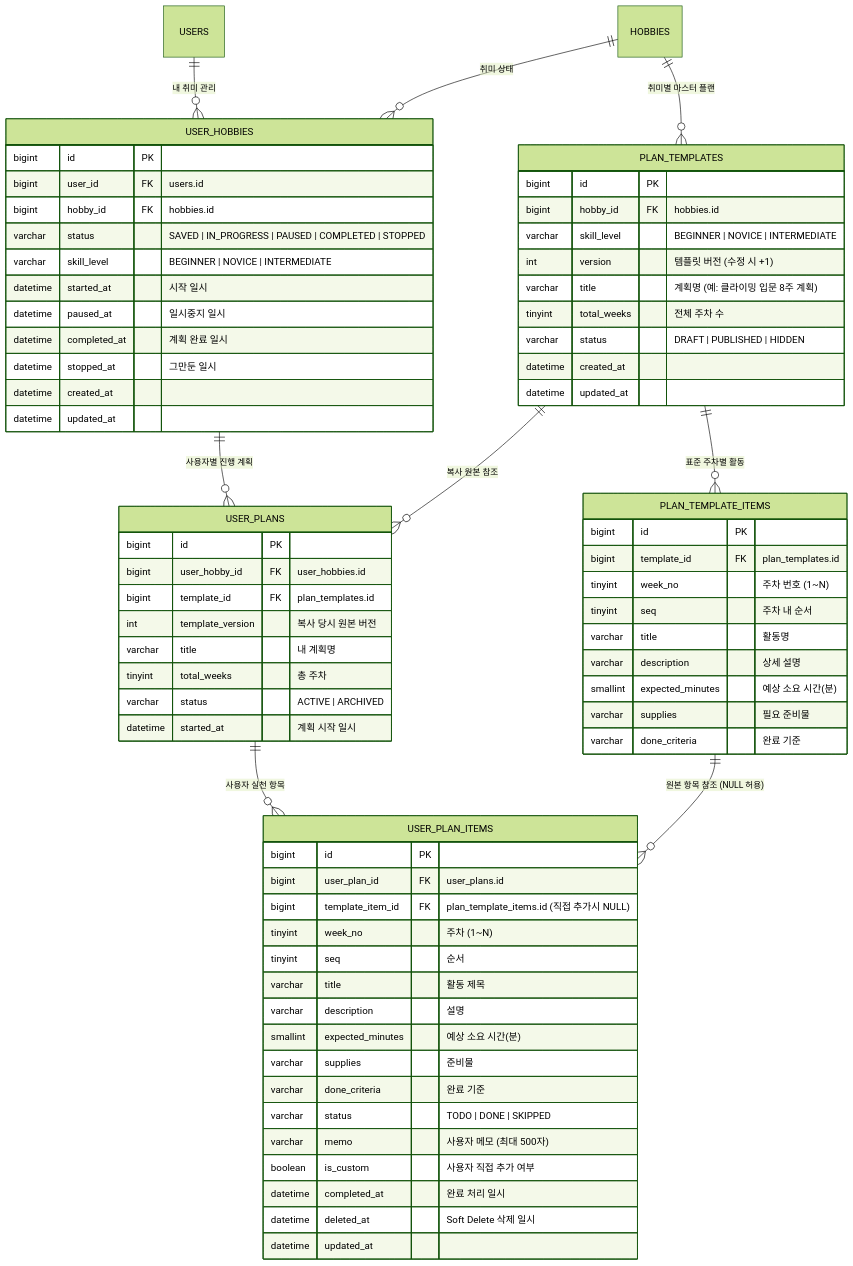
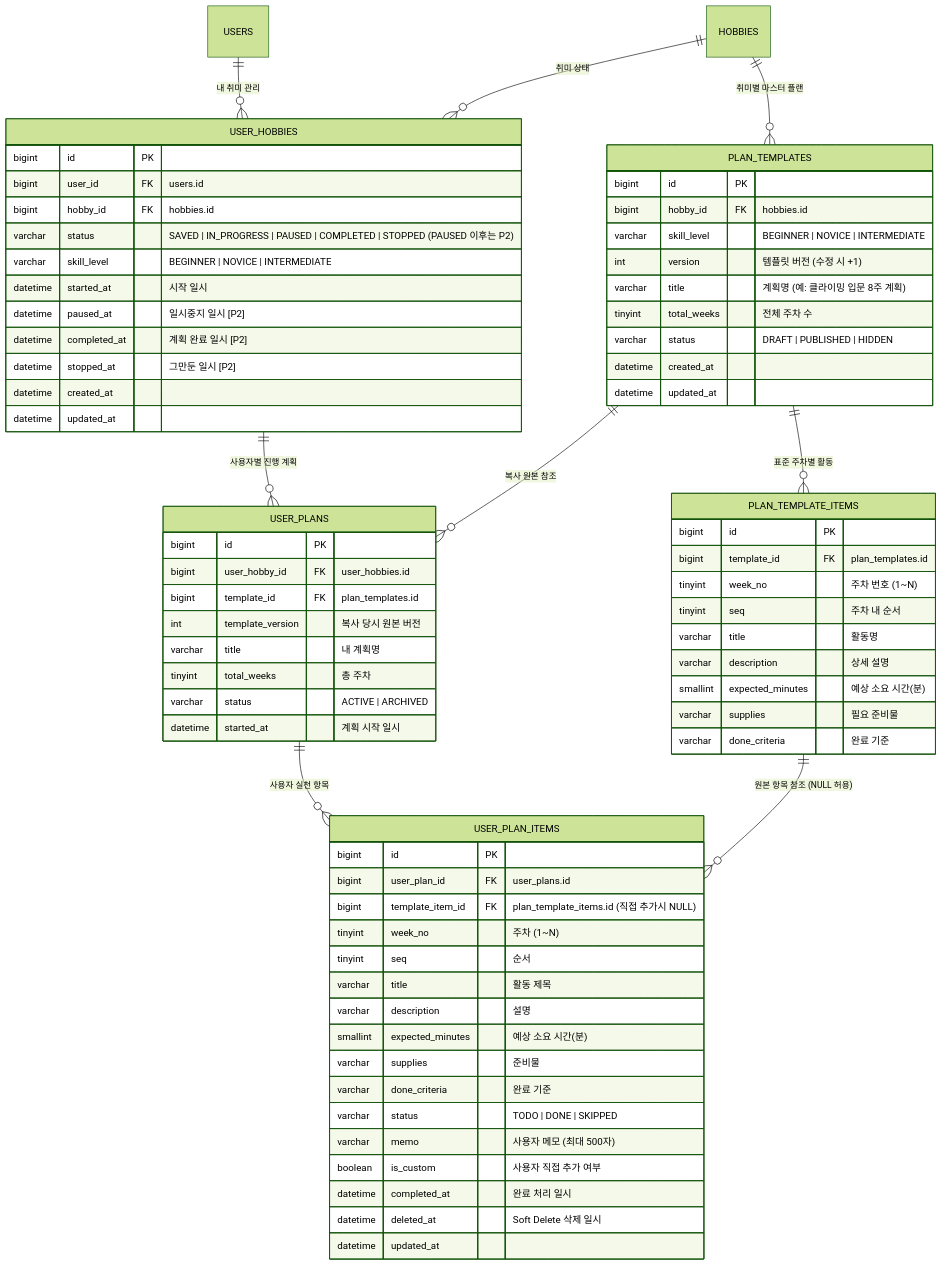
The sixth of 8 diagrams in repo/docs/db/ERD.md (MinBeom2/NyamNyamHobby), drawn with Mermaid (forest theme) before and after one commit. The commit also changed other lines of this file and 11 other files, not shown here.

````diff
--- a/repo/docs/db/ERD.md
+++ b/repo/docs/db/ERD.md
@@ -353,79 +356,79 @@
 ```mermaid
 erDiagram
     USERS ||--o{ USER_HOBBIES : "내 취미 관리"
     HOBBIES ||--o{ USER_HOBBIES : "취미 상태"
     HOBBIES ||--o{ PLAN_TEMPLATES : "취미별 마스터 플랜"
     PLAN_TEMPLATES ||--o{ PLAN_TEMPLATE_ITEMS : "표준 주차별 활동"
     USER_HOBBIES ||--o{ USER_PLANS : "사용자별 진행 계획"
     PLAN_TEMPLATES ||--o{ USER_PLANS : "복사 원본 참조"
     USER_PLANS ||--o{ USER_PLAN_ITEMS : "사용자 실천 항목"
     PLAN_TEMPLATE_ITEMS ||--o{ USER_PLAN_ITEMS : "원본 항목 참조 (NULL 허용)"
 
     USER_HOBBIES {
         bigint id PK
         bigint user_id FK "users.id"
         bigint hobby_id FK "hobbies.id"
-        varchar status "SAVED | IN_PROGRESS | PAUSED | COMPLETED | STOPPED"
+        varchar status "SAVED | IN_PROGRESS | PAUSED | COMPLETED | STOPPED (PAUSED 이후는 P2)"
         varchar skill_level "BEGINNER | NOVICE | INTERMEDIATE"
         datetime started_at "시작 일시"
-        datetime paused_at "일시중지 일시"
-        datetime completed_at "계획 완료 일시"
-        datetime stopped_at "그만둔 일시"
+        datetime paused_at "일시중지 일시 [P2]"
+        datetime completed_at "계획 완료 일시 [P2]"
+        datetime stopped_at "그만둔 일시 [P2]"
         datetime created_at
         datetime updated_at
     }
 
     PLAN_TEMPLATES {
         bigint id PK
         bigint hobby_id FK "hobbies.id"
         varchar skill_level "BEGINNER | NOVICE | INTERMEDIATE"
         int version "템플릿 버전 (수정 시 +1)"
         varchar title "계획명 (예: 클라이밍 입문 8주 계획)"
         tinyint total_weeks "전체 주차 수"
         varchar status "DRAFT | PUBLISHED | HIDDEN"
         datetime created_at
         datetime updated_at
     }
 
     PLAN_TEMPLATE_ITEMS {
         bigint id PK
         bigint template_id FK "plan_templates.id"
         tinyint week_no "주차 번호 (1~N)"
         tinyint seq "주차 내 순서"
         varchar title "활동명"
         varchar description "상세 설명"
         smallint expected_minutes "예상 소요 시간(분)"
         varchar supplies "필요 준비물"
         varchar done_criteria "완료 기준"
     }
 
     USER_PLANS {
         bigint id PK
         bigint user_hobby_id FK "user_hobbies.id"
         bigint template_id FK "plan_templates.id"
         int template_version "복사 당시 원본 버전"
         varchar title "내 계획명"
         tinyint total_weeks "총 주차"
         varchar status "ACTIVE | ARCHIVED"
         datetime started_at "계획 시작 일시"
     }
 
     USER_PLAN_ITEMS {
         bigint id PK
         bigint user_plan_id FK "user_plans.id"
         bigint template_item_id FK "plan_template_items.id (직접 추가시 NULL)"
         tinyint week_no "주차 (1~N)"
         tinyint seq "순서"
         varchar title "활동 제목"
         varchar description "설명"
         smallint expected_minutes "예상 소요 시간(분)"
         varchar supplies "준비물"
         varchar done_criteria "완료 기준"
         varchar status "TODO | DONE | SKIPPED"
         varchar memo "사용자 메모 (최대 500자)"
         boolean is_custom "사용자 직접 추가 여부"
         datetime completed_at "완료 처리 일시"
         datetime deleted_at "Soft Delete 삭제 일시"
         datetime updated_at
     }
 ```
````
